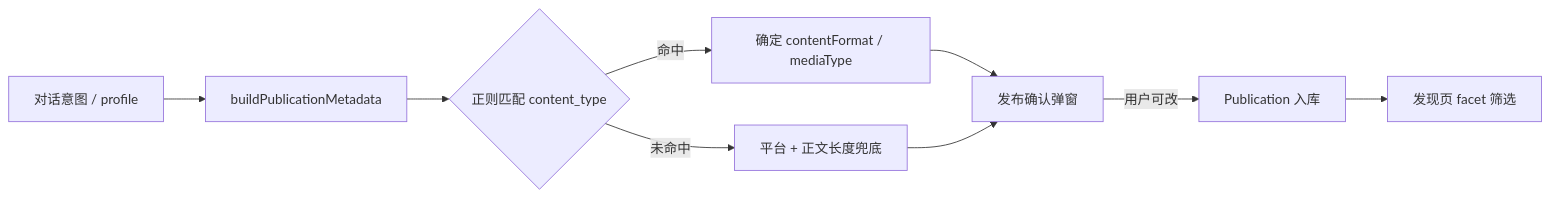
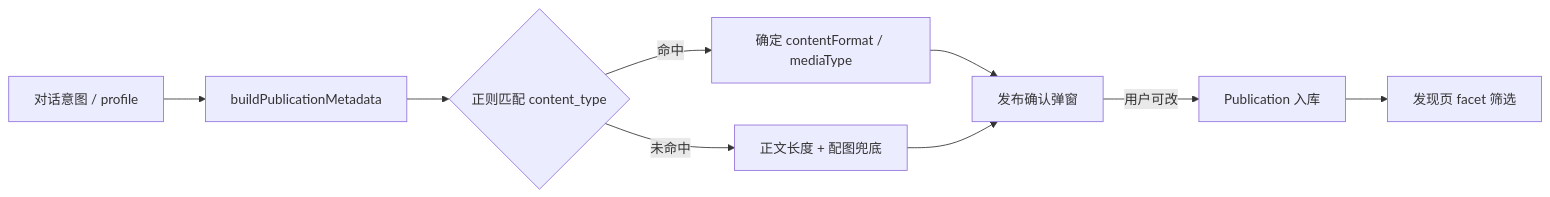
Before and after one commit to yizhao6985-ai/yougan: the diagram in docs/business/content-taxonomy.md, drawn with Mermaid. The commit also changed other lines of this file and 180 other files, not shown here.

````diff
--- a/docs/business/content-taxonomy.md
+++ b/docs/business/content-taxonomy.md
@@ -70,11 +64,11 @@
 ```mermaid
 flowchart LR
   A[对话意图 / profile] --> B[buildPublicationMetadata]
   B --> C{正则匹配 content_type}
   C -->|命中| D[确定 contentFormat / mediaType]
-  C -->|未命中| E[平台 + 正文长度兜底]
+  C -->|未命中| E[正文长度 + 配图兜底]
   D --> F[发布确认弹窗]
   E --> F
   F -->|用户可改| G[Publication 入库]
   G --> H[发现页 facet 筛选]
 ```
````
